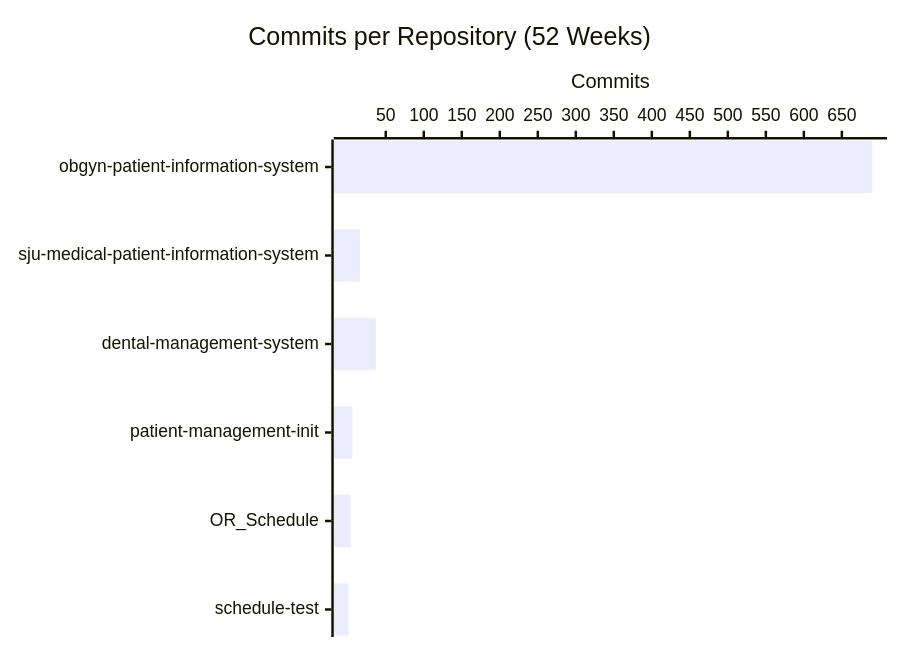
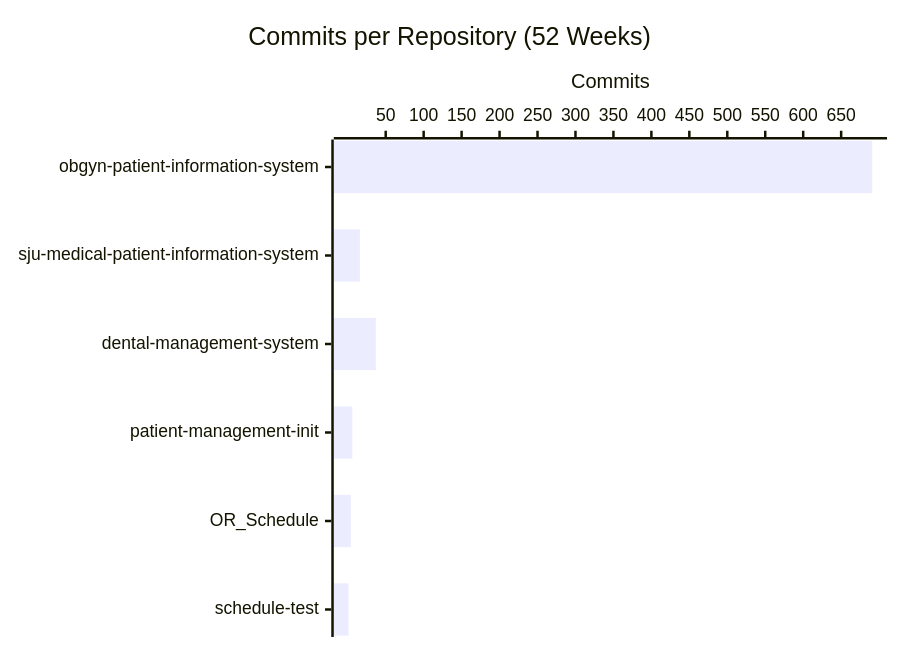
Before and after one commit to CSTH-Projects/.github: the second of 4 diagrams in profile/README.md, drawn with Mermaid. The commit also changed other lines of this file, not shown here.

````diff
--- a/profile/README.md
+++ b/profile/README.md
@@ -24,7 +24,7 @@
 ```mermaid
 xychart-beta horizontal
     title "Commits per Repository (52 Weeks)"
     x-axis ["obgyn-patient-information-system", "sju-medical-patient-information-system", "dental-management-system", "patient-management-init", "OR_Schedule", "schedule-test"]
     y-axis "Commits"
-    bar [690, 16, 37, 6, 4, 1]
+    bar [691, 16, 37, 6, 4, 1]
 ```
````
